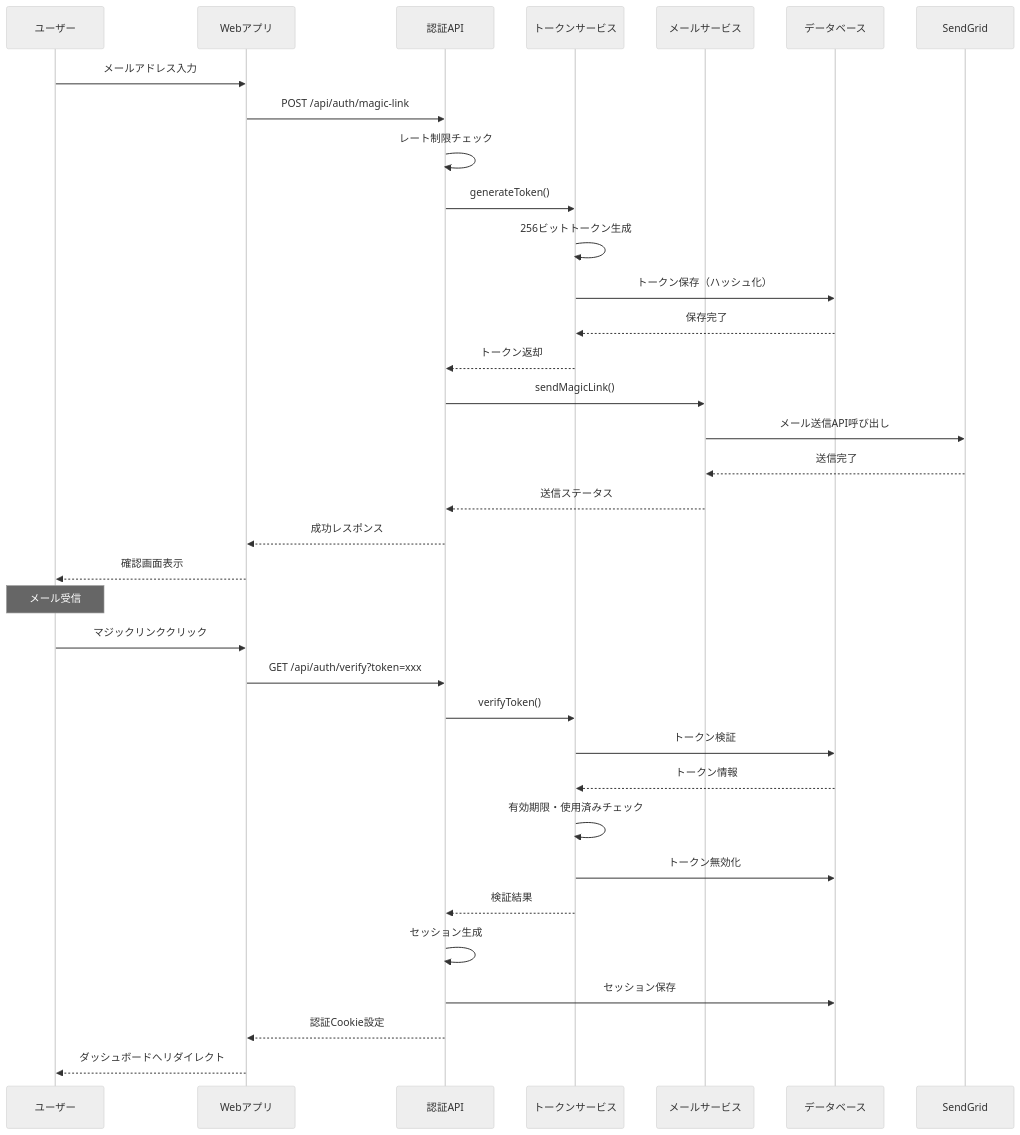
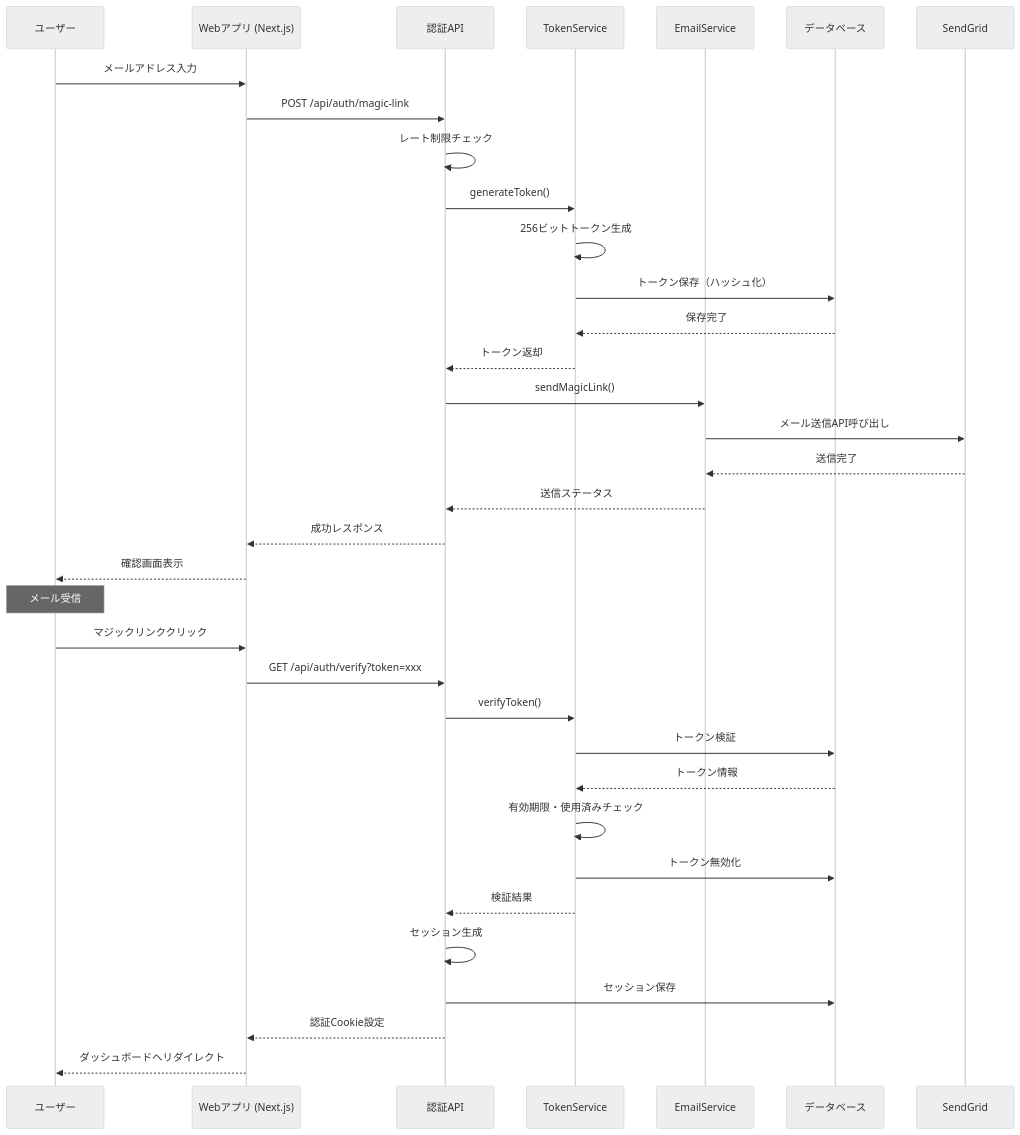
The second of 14 diagrams in docs/einja/example/specs/issues/issue999-example-task/design.md (einja-inc/einja-management-template), drawn with Mermaid (neutral theme) before and after one commit. The commit also changed other lines of this file and 7 other files, not shown here.

````diff
--- a/docs/einja/example/specs/issues/issue999-example-task/design.md
+++ b/docs/einja/example/specs/issues/issue999-example-task/design.md
@@ -92,40 +100,40 @@
 ```mermaid
 sequenceDiagram
     participant U as ユーザー
-    participant W as Webアプリ
+    participant W as Webアプリ (Next.js)
     participant A as 認証API
-    participant T as トークンサービス
-    participant E as メールサービス
+    participant T as TokenService
+    participant E as EmailService
     participant D as データベース
     participant S as SendGrid
 
     U->>W: メールアドレス入力
     W->>A: POST /api/auth/magic-link
     A->>A: レート制限チェック
     A->>T: generateToken()
     T->>T: 256ビットトークン生成
     T->>D: トークン保存（ハッシュ化）
     D-->>T: 保存完了
     T-->>A: トークン返却
     A->>E: sendMagicLink()
     E->>S: メール送信API呼び出し
     S-->>E: 送信完了
     E-->>A: 送信ステータス
     A-->>W: 成功レスポンス
     W-->>U: 確認画面表示
-    
+
     Note over U: メール受信
-    
+
     U->>W: マジックリンククリック
     W->>A: GET /api/auth/verify?token=xxx
     A->>T: verifyToken()
     T->>D: トークン検証
     D-->>T: トークン情報
     T->>T: 有効期限・使用済みチェック
     T->>D: トークン無効化
     T-->>A: 検証結果
     A->>A: セッション生成
     A->>D: セッション保存
     A-->>W: 認証Cookie設定
     W-->>U: ダッシュボードへリダイレクト
 ```
````
